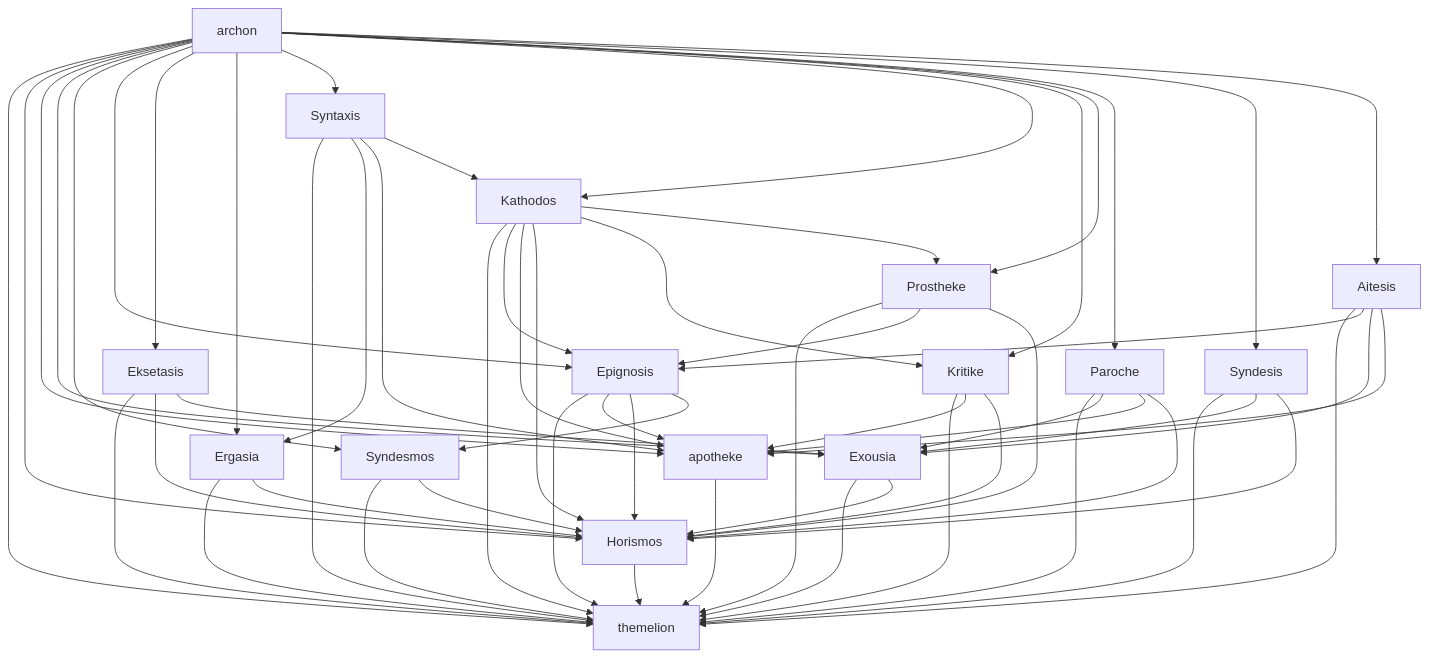
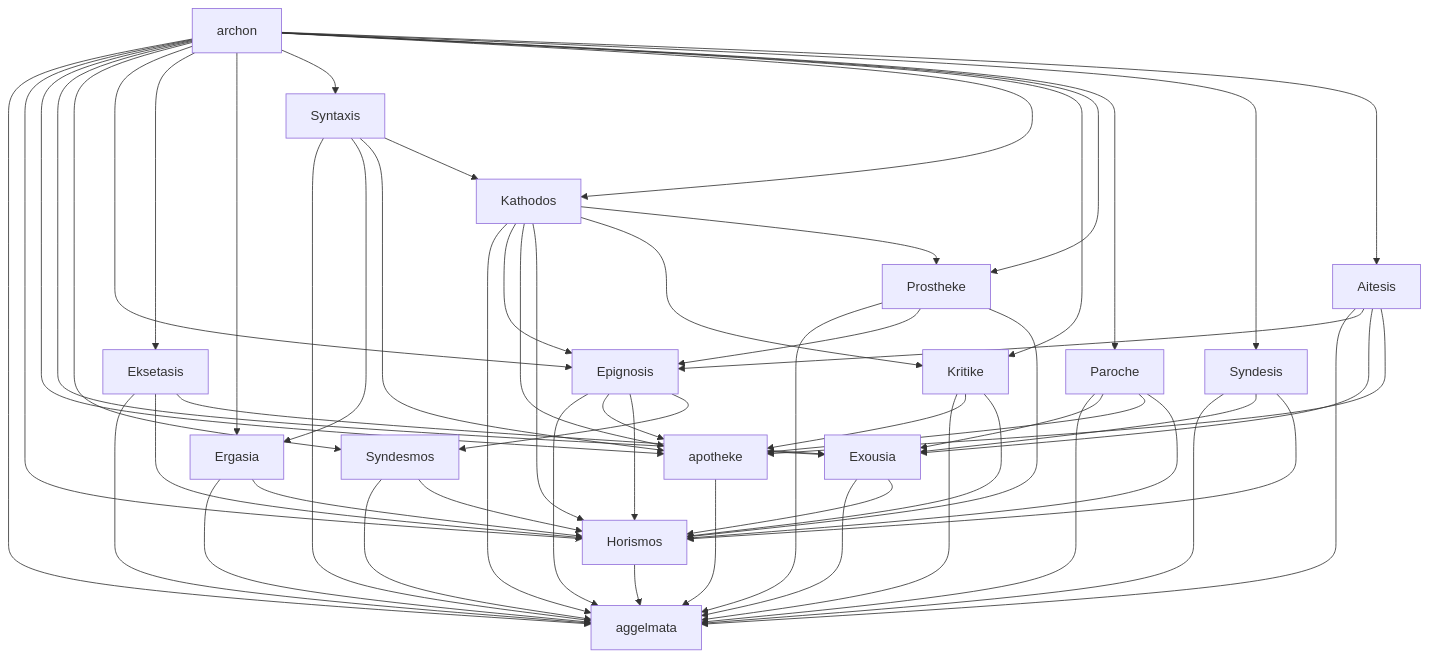
One commit to forkwright/harmonia changed the diagram in docs/architecture/cargo.md. Above: the diagram before and after it, drawn with Mermaid. The commit also changed other lines of this file and 125 other files, not shown here.

First line of the commit message:
refactor(aggelmata): rename themelion to aggelmata (D-062) (#704)

````diff
--- a/docs/architecture/cargo.md
+++ b/docs/architecture/cargo.md
@@ -94,7 +94,7 @@
 ```mermaid
 graph TD
     %% Leaf — no internal deps
-    HC[themelion]
+    HC[aggelmata]
     Horismos --> HC
 
     %% Database layer — leaf alongside horismos
````
